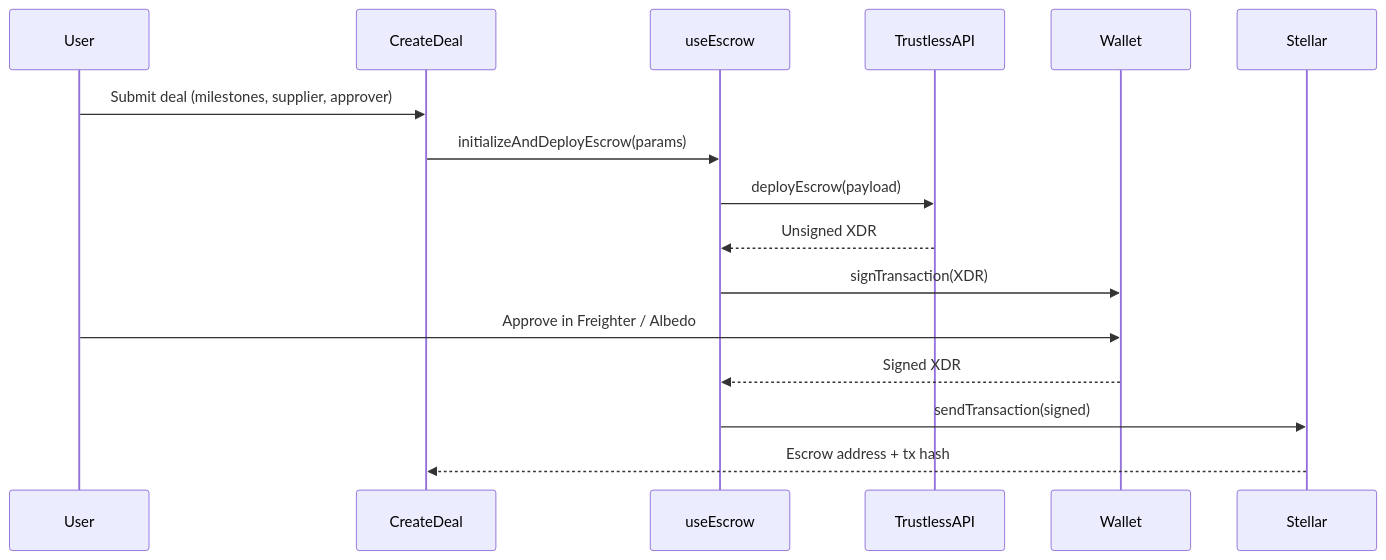
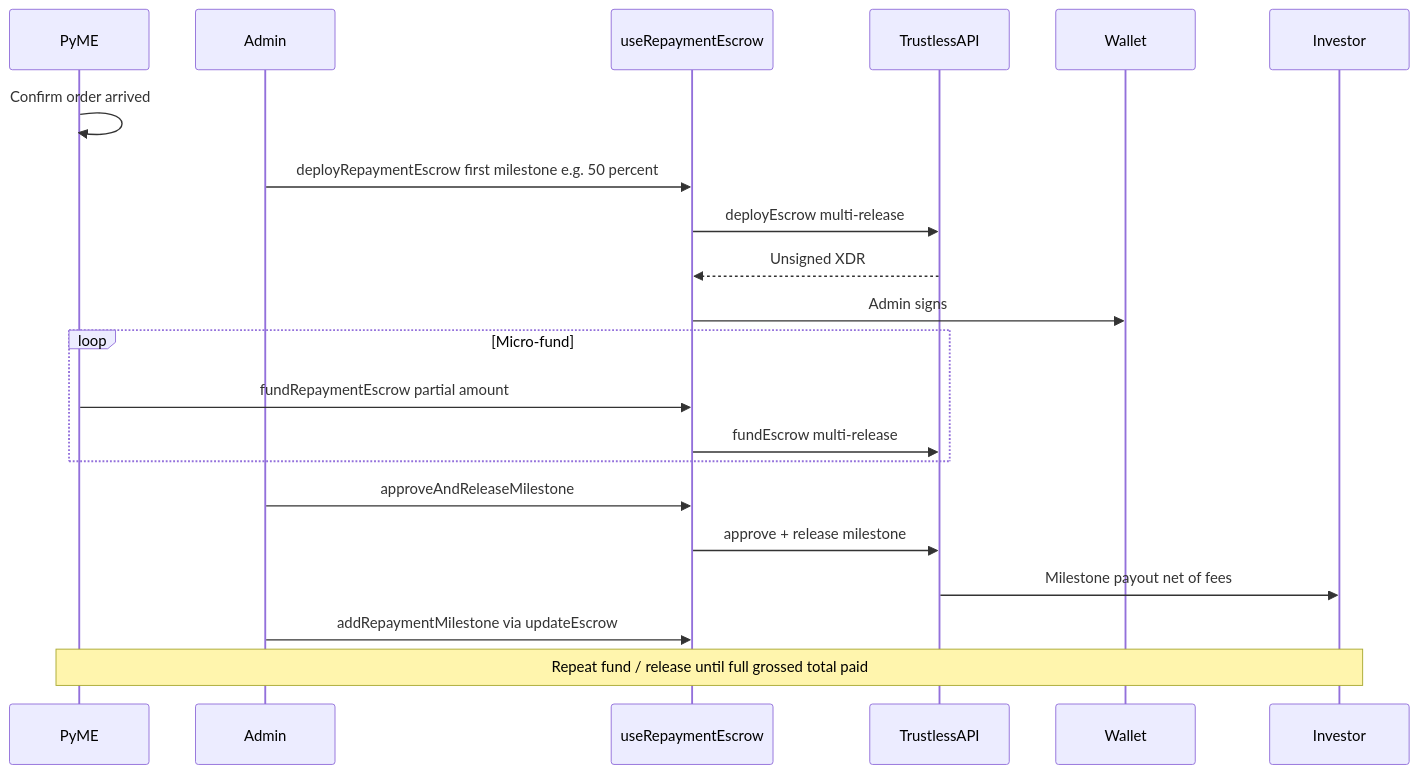
Before and after one commit to mercato-supply-chain/mercato-dapp: the sixth of 12 diagrams in doc/architecture.md, drawn with Mermaid. The commit also changed other lines of this file and 2 other files, not shown here.

First line of the commit message:
docs: sync README and architecture with multi-release repayment flow

````diff
--- a/doc/architecture.md
+++ b/doc/architecture.md
@@ -420,19 +428,24 @@
 ```mermaid
 sequenceDiagram
-  participant User
-  participant CreateDeal
-  participant useEscrow
-  participant TrustlessAPI
+  participant PyME
+  participant Admin
+  participant Hook as useRepaymentEscrow
+  participant TW as TrustlessAPI
   participant Wallet
-  participant Stellar
+  participant Investor
 
-  User->>CreateDeal: Submit deal (milestones, supplier, approver)
-  CreateDeal->>useEscrow: initializeAndDeployEscrow(params)
-  useEscrow->>TrustlessAPI: deployEscrow(payload)
-  TrustlessAPI-->>useEscrow: Unsigned XDR
-  useEscrow->>Wallet: signTransaction(XDR)
-  User->>Wallet: Approve in Freighter / Albedo
-  Wallet-->>useEscrow: Signed XDR
-  useEscrow->>Stellar: sendTransaction(signed)
-  Stellar-->>CreateDeal: Escrow address + tx hash
+  PyME->>PyME: Confirm order arrived
+  Admin->>Hook: deployRepaymentEscrow first milestone e.g. 50 percent
+  Hook->>TW: deployEscrow multi-release
+  TW-->>Hook: Unsigned XDR
+  Hook->>Wallet: Admin signs
+  loop Micro-fund
+    PyME->>Hook: fundRepaymentEscrow partial amount
+    Hook->>TW: fundEscrow multi-release
+  end
+  Admin->>Hook: approveAndReleaseMilestone
+  Hook->>TW: approve + release milestone
+  TW->>Investor: Milestone payout net of fees
+  Admin->>Hook: addRepaymentMilestone via updateEscrow
+  Note over PyME,Investor: Repeat fund / release until full grossed total paid
 ```
````
